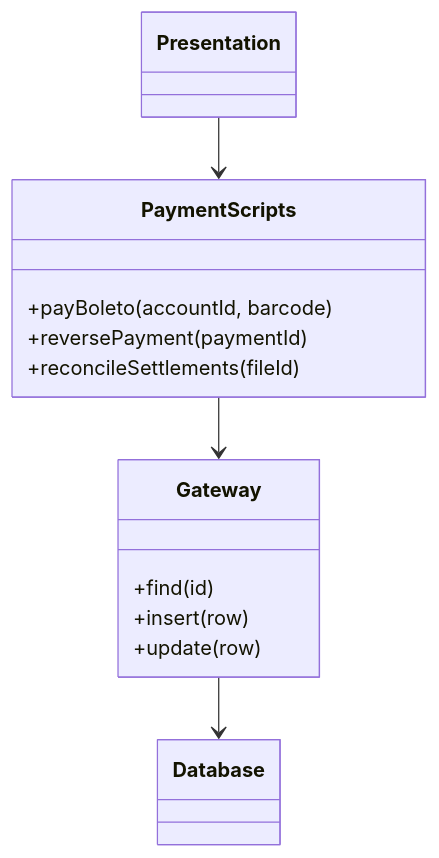
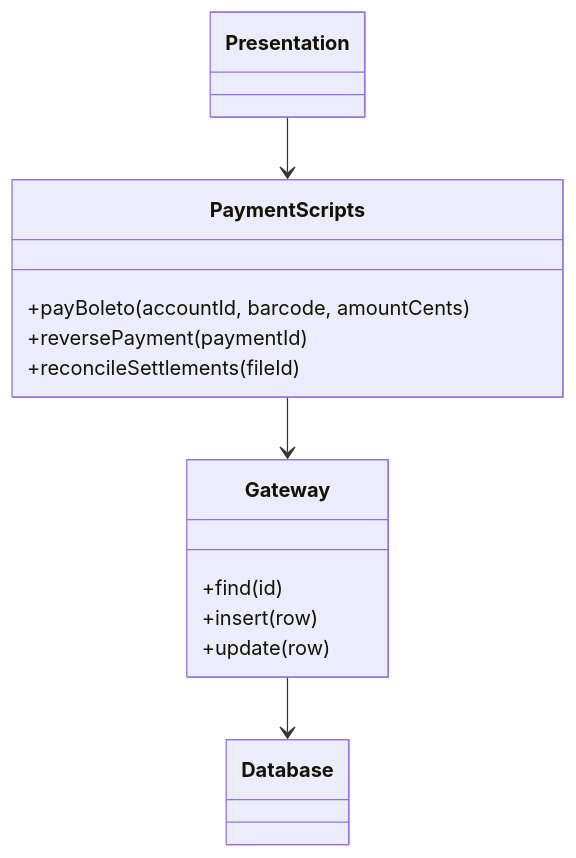
Before and after one commit to alancesar/design-patterns: the diagram in docs/design/poeaa/domain-logic/transaction-script.md, drawn with Mermaid. The commit also changed 28 other files, not shown here.

Commit message:
Fix PoEAA review findings: gateway example bug, diagrams aligned with code

````diff
--- a/docs/design/poeaa/domain-logic/transaction-script.md
+++ b/docs/design/poeaa/domain-logic/transaction-script.md
@@ -55,18 +55,18 @@
 ```mermaid
 classDiagram
     class Presentation
     class PaymentScripts {
-        +payBoleto(accountId, barcode)
+        +payBoleto(accountId, barcode, amountCents)
         +reversePayment(paymentId)
         +reconcileSettlements(fileId)
     }
     class Gateway {
         +find(id)
         +insert(row)
         +update(row)
     }
     class Database
     Presentation --> PaymentScripts
     PaymentScripts --> Gateway
     Gateway --> Database
 ```
````
